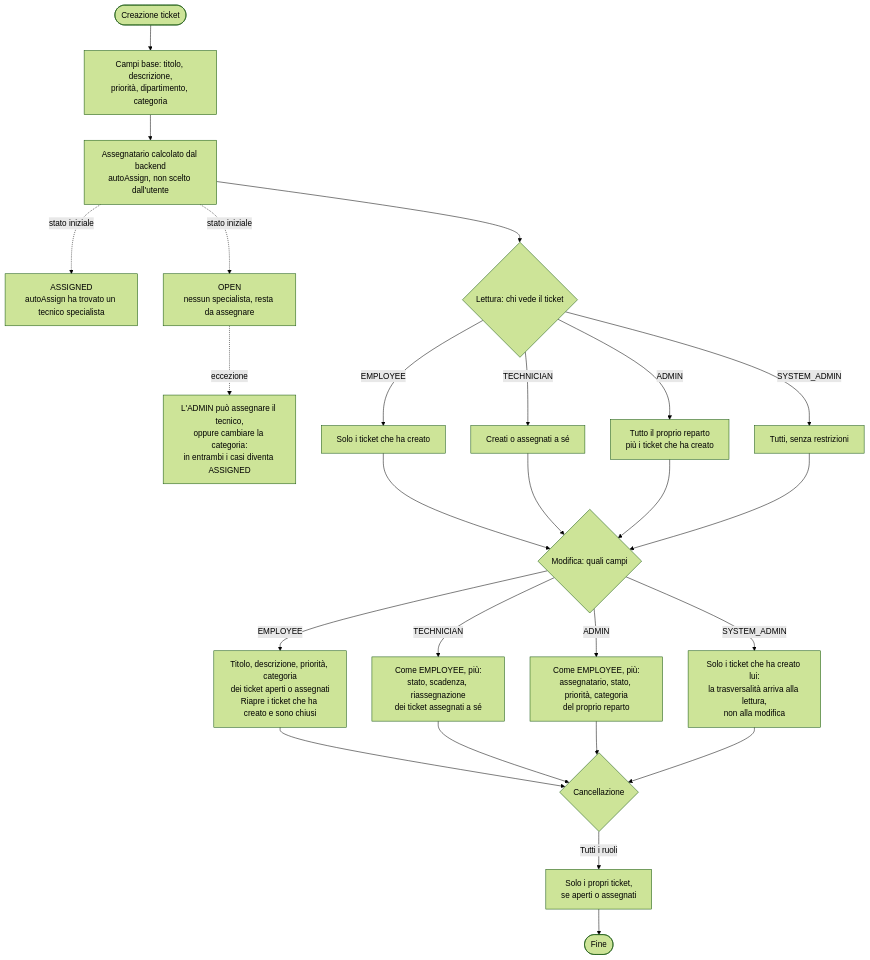
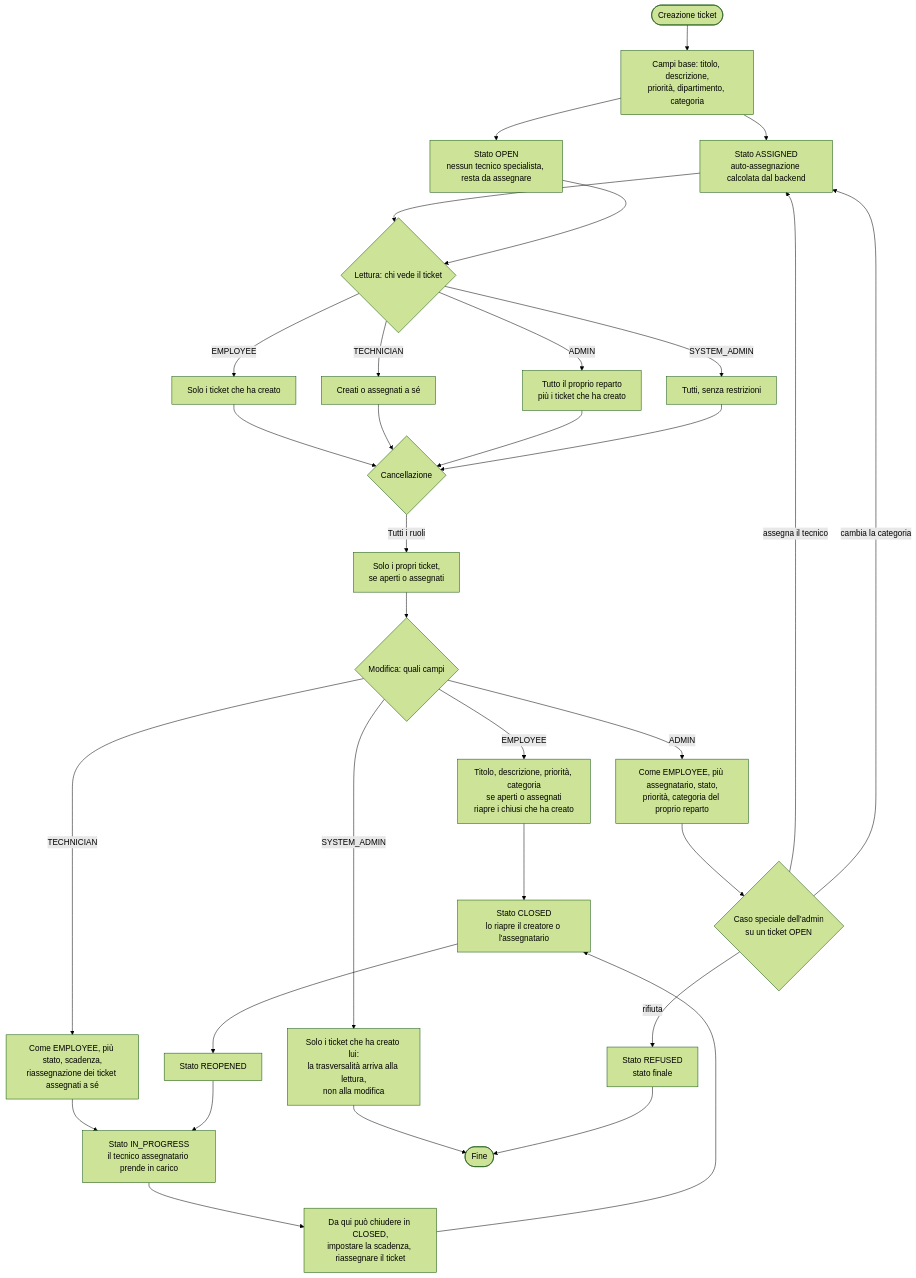
One commit to angelapedicini/helpdesk changed the diagram in docs/authorization.md. Above: the diagram before and after it, drawn with Mermaid (forest theme). The commit also changed other lines of this file, not shown here.

Commit message:
modifiche documentazione per schema vita2

````diff
--- a/docs/authorization.md
+++ b/docs/authorization.md
@@ -42,43 +42,54 @@
 ```mermaid
 flowchart TD
   START([Creazione ticket]) --> BASE["Campi base: titolo, descrizione,<br/>priorità, dipartimento, categoria"]
-  BASE --> AUTO["Assegnatario calcolato dal backend<br/>autoAssign, non scelto dall'utente"]
 
-  AUTO -. "stato iniziale" .-> ST1["ASSIGNED<br/>autoAssign ha trovato un tecnico specialista"]
-  AUTO -. "stato iniziale" .-> ST2["OPEN<br/>nessun specialista, resta da assegnare"]
-  ST2 -. "eccezione" .-> ST3["L'ADMIN può assegnare il tecnico,<br/>oppure cambiare la categoria:<br/>in entrambi i casi diventa ASSIGNED"]
+  BASE --> S1["Stato ASSIGNED<br/>auto-assegnazione calcolata dal backend"]
+  BASE --> S2["Stato OPEN<br/>nessun tecnico specialista, resta da assegnare"]
 
-  AUTO --> READ{"Lettura: chi vede il ticket"}
+  S1 --> READ
+  S2 --> READ
+  READ{"Lettura: chi vede il ticket"}
 
   READ -->|EMPLOYEE| R1["Solo i ticket che ha creato"]
   READ -->|TECHNICIAN| R2["Creati o assegnati a sé"]
   READ -->|ADMIN| R3["Tutto il proprio reparto<br/>più i ticket che ha creato"]
   READ -->|SYSTEM_ADMIN| R4["Tutti, senza restrizioni"]
 
-  R1 --> UPD
-  R2 --> UPD
-  R3 --> UPD
-  R4 --> UPD
-
-  UPD{"Modifica: quali campi"}
-  UPD -->|EMPLOYEE| U1["Titolo, descrizione, priorità, categoria<br/>dei ticket aperti o assegnati<br/>Riapre i ticket che ha creato e sono chiusi"]
-  UPD -->|TECHNICIAN| U2["Come EMPLOYEE, più:<br/>stato, scadenza, riassegnazione<br/>dei ticket assegnati a sé"]
-  UPD -->|ADMIN| U3["Come EMPLOYEE, più:<br/>assegnatario, stato, priorità, categoria<br/>del proprio reparto"]
-  UPD -->|SYSTEM_ADMIN| U4["Solo i ticket che ha creato lui:<br/>la trasversalità arriva alla lettura,<br/>non alla modifica"]
-
-  U1 --> DEL
-  U2 --> DEL
-  U3 --> DEL
-  U4 --> DEL
+  R1 --> DEL
+  R2 --> DEL
+  R3 --> DEL
+  R4 --> DEL
 
   DEL{"Cancellazione"}
   DEL -->|Tutti i ruoli| D1["Solo i propri ticket,<br/>se aperti o assegnati"]
-  D1 --> FIN([Fine])
+  D1 --> UPD
+
+  UPD{"Modifica: quali campi"}
+  UPD -->|EMPLOYEE| U1["Titolo, descrizione, priorità, categoria<br/>se aperti o assegnati<br/>riapre i chiusi che ha creato"]
+  UPD -->|TECHNICIAN| U2["Come EMPLOYEE, più stato, scadenza,<br/>riassegnazione dei ticket assegnati a sé"]
+  UPD -->|ADMIN| U3["Come EMPLOYEE, più assegnatario, stato,<br/>priorità, categoria del proprio reparto"]
+  UPD -->|SYSTEM_ADMIN| U4["Solo i ticket che ha creato lui:<br/>la trasversalità arriva alla lettura,<br/>non alla modifica"]
+
+  U2 --> INPROG["Stato IN_PROGRESS<br/>il tecnico assegnatario prende in carico"]
+  INPROG --> CONS["Da qui può chiudere in CLOSED,<br/>impostare la scadenza, riassegnare il ticket"]
+
+  U3 --> SPEC{"Caso speciale dell'admin<br/>su un ticket OPEN"}
+  SPEC -->|assegna il tecnico| S1
+  SPEC -->|cambia la categoria| S1
+  SPEC -->|rifiuta| REF["Stato REFUSED<br/>stato finale"]
+
+  U1 --> CLOSED["Stato CLOSED<br/>lo riapre il creatore o l'assegnatario"]
+  CONS --> CLOSED
+  CLOSED --> REOP["Stato REOPENED"]
+  REOP --> INPROG
+
+  U4 --> FIN([Fine])
+  REF --> FIN
 
   classDef ok fill:#e8f5e9,stroke:#43a047,color:#1b5e20
   classDef limit fill:#fff3e0,stroke:#fb8c00,color:#e65100
-  classDef note fill:#e3f2fd,stroke:#1565c0,color:#0d47a1,stroke-dasharray: 4 3
-  class ok R1,R2,R3,R4,U1,U2,U3,D1
+  classDef stato fill:#e3f2fd,stroke:#1565c0,color:#0d47a1
+  class ok R1,R2,R3,R4,U1,U2,U3,CONS,D1
   class limit U4
-  class note ST1,ST2,ST3
+  class stato S1,S2,INPROG,CLOSED,REOP,REF
 ```
````
